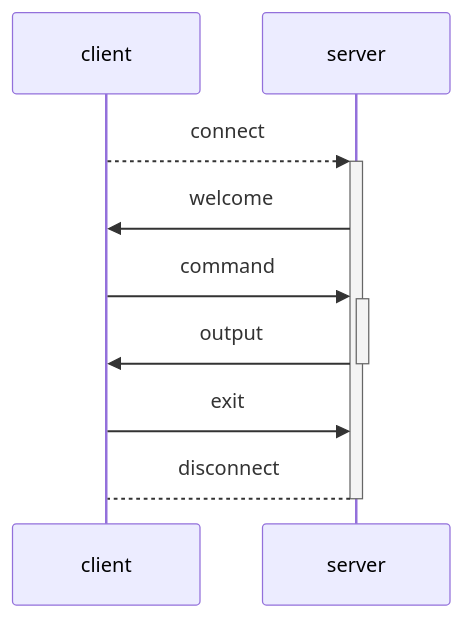
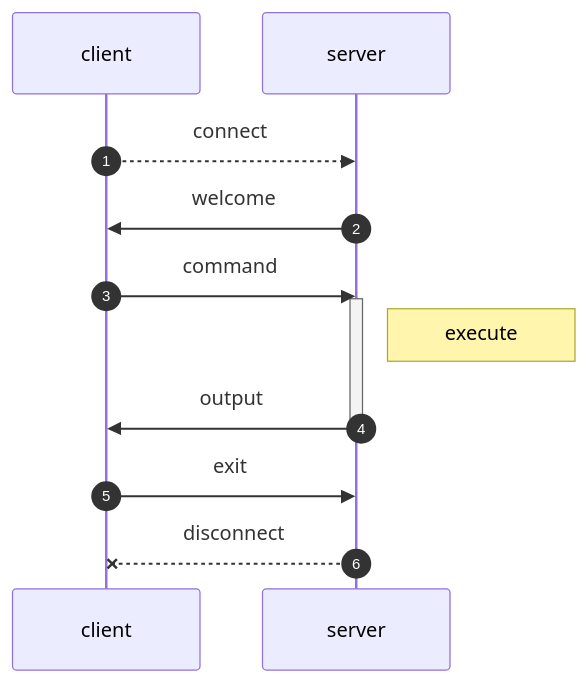
One commit to iamazeem/TcpClientServerApp changed the diagram in README.md. Above: the diagram before and after it, drawn with Mermaid.

````diff
--- a/README.md
+++ b/README.md
@@ -12,11 +12,15 @@
 ```mermaid
 sequenceDiagram
+    autonumber
     participant client
     participant server
-    client-->>+server: connect
+    client-->>server: connect
     server->>client: welcome
-    client->>+server: command
-    server->>-client: output
+    client->>server: command
+    activate server
+    note right of server: execute
+    server->>client: output
+    deactivate server
     client->>server: exit
-    server-->-client: disconnect
+    server--xclient: disconnect
 ```
````
